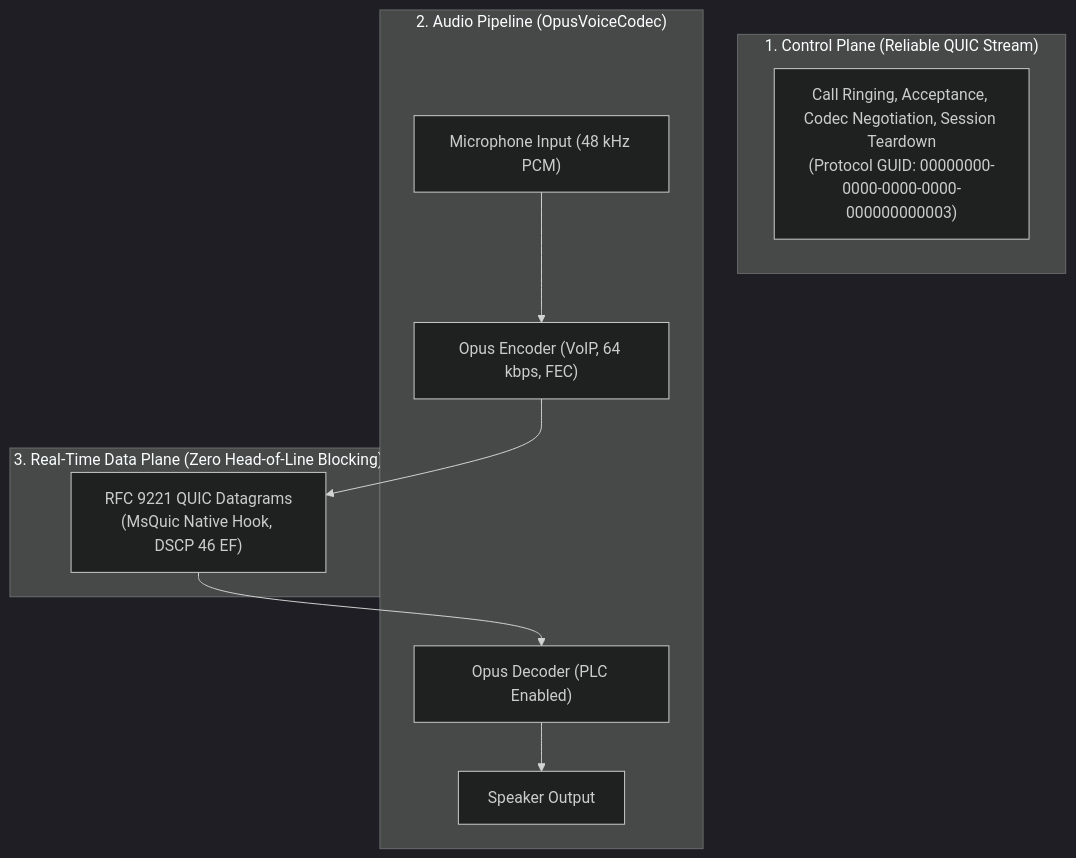
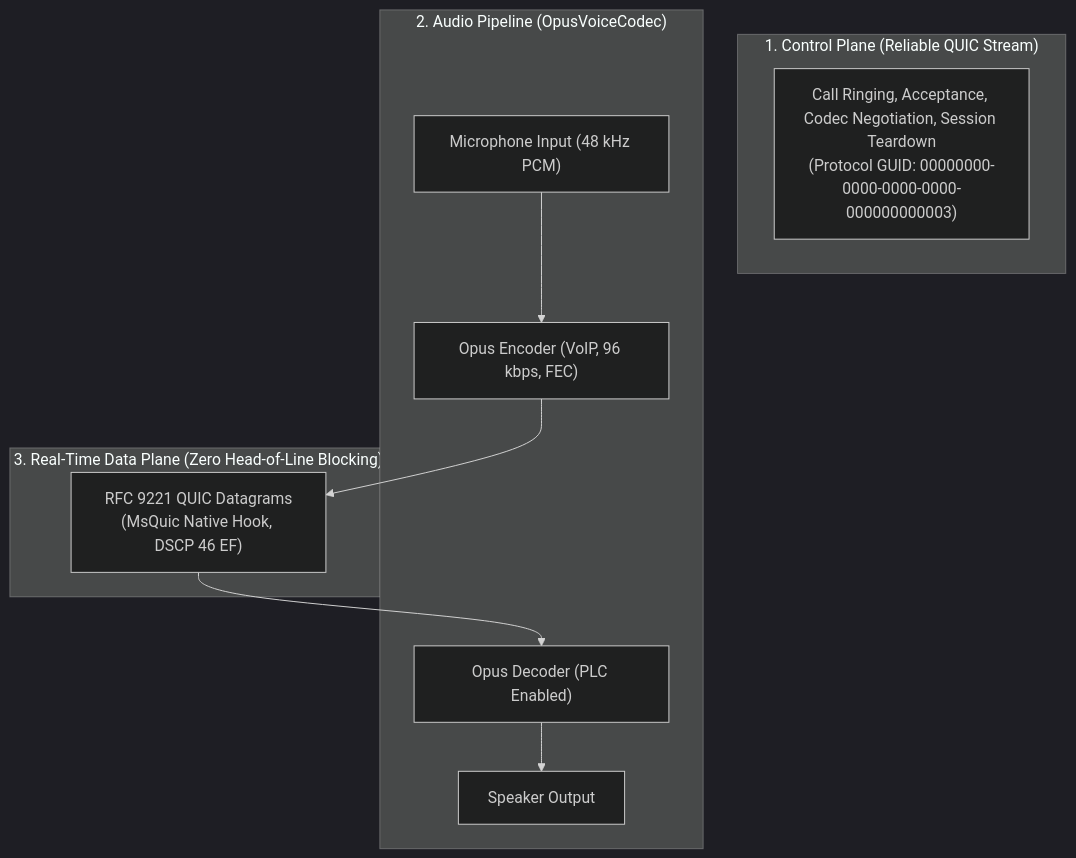
The diagram in doc/protocols/voice-call-protocol.md (Mrgaton/QuicPunch), drawn with Mermaid (dark theme) before and after one commit. The commit also changed other lines of this file and 1036 other files, not shown here.

````diff
--- a/doc/protocols/voice-call-protocol.md
+++ b/doc/protocols/voice-call-protocol.md
@@ -22,18 +24,18 @@
 ```mermaid
 graph TD
     subgraph Signaling [" 1. Control Plane (Reliable QUIC Stream)"]
         Signal["Call Ringing, Acceptance, Codec Negotiation, Session Teardown
 (Protocol GUID: 00000000-0000-0000-0000-000000000003)"]
     end
 
     subgraph AudioEngine [" 2. Audio Pipeline (OpusVoiceCodec)"]
-        Mic["Microphone Input (48 kHz PCM)"] --> Enc["Opus Encoder (VoIP, 64 kbps, FEC)"]
+        Mic["Microphone Input (48 kHz PCM)"] --> Enc["Opus Encoder (VoIP, 96 kbps, FEC)"]
         Dec["Opus Decoder (PLC Enabled)"] --> Spk["Speaker Output"]
     end
 
     subgraph FastTransport [" 3. Real-Time Data Plane (Zero Head-of-Line Blocking)"]
         Enc --> Dgram["RFC 9221 QUIC Datagrams
 (MsQuic Native Hook, DSCP 46 EF)"]
         Dgram --> Dec
     end
 ```
````
